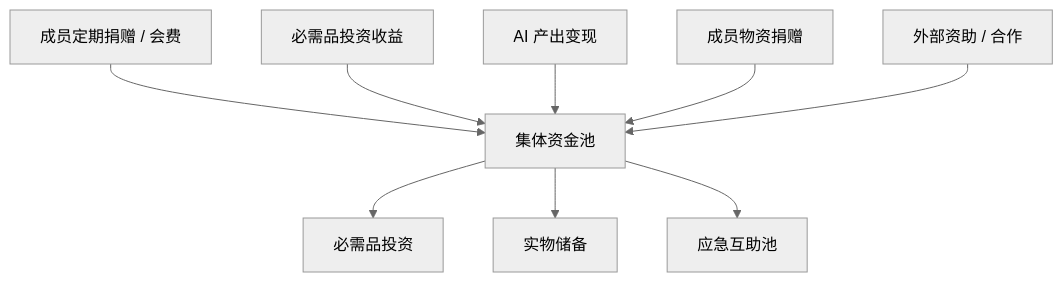
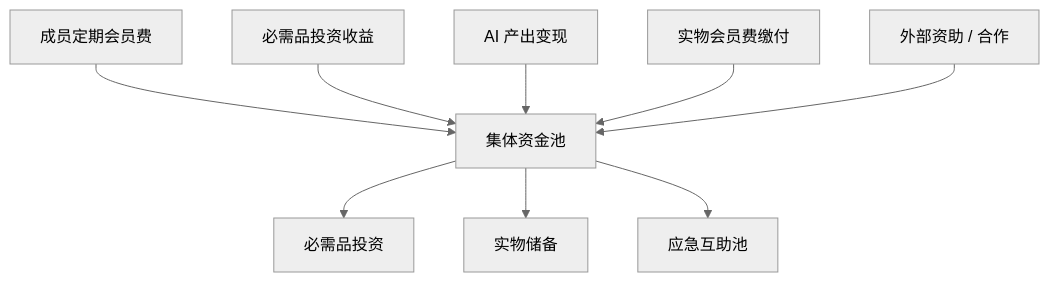
The first of 3 diagrams in docs/design/collective-fund.md (lengzhao/secure-base), drawn with Mermaid (neutral theme) before and after one commit. The commit also changed other lines of this file and 17 other files, not shown here.

````diff
--- a/docs/design/collective-fund.md
+++ b/docs/design/collective-fund.md
@@ -23,11 +23,11 @@
 ```mermaid
 flowchart TB
-    A[成员定期捐赠 / 会费] --> F[集体资金池]
+    A[成员定期会员费] --> F[集体资金池]
     B[必需品投资收益] --> F
     C[AI 产出变现] --> F
-    D[成员物资捐赠] --> F
+    D[实物会员费缴付] --> F
     E[外部资助 / 合作] --> F
     F --> G[必需品投资]
     F --> H[实物储备]
     F --> I[应急互助池]
 ```
````
